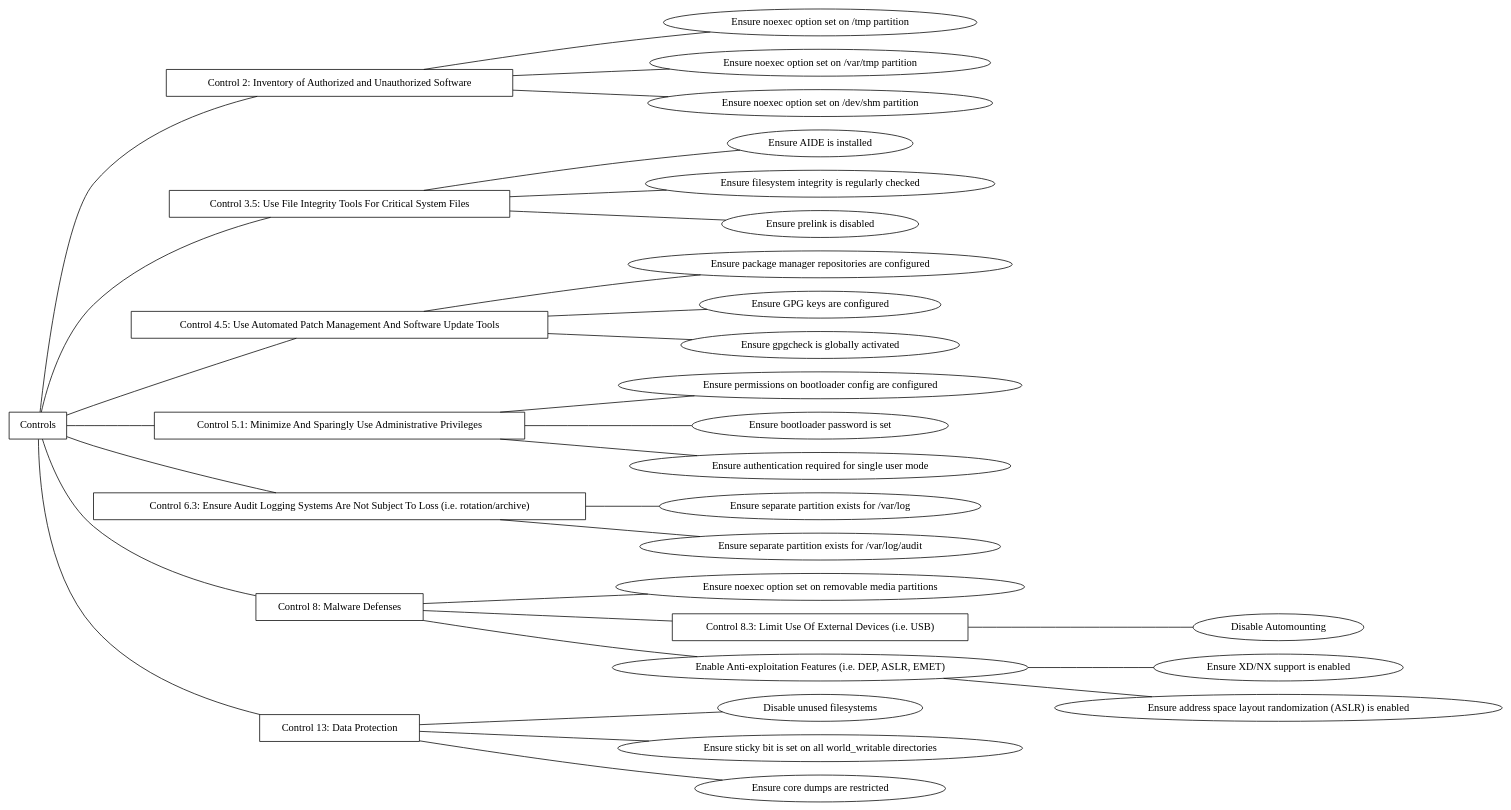
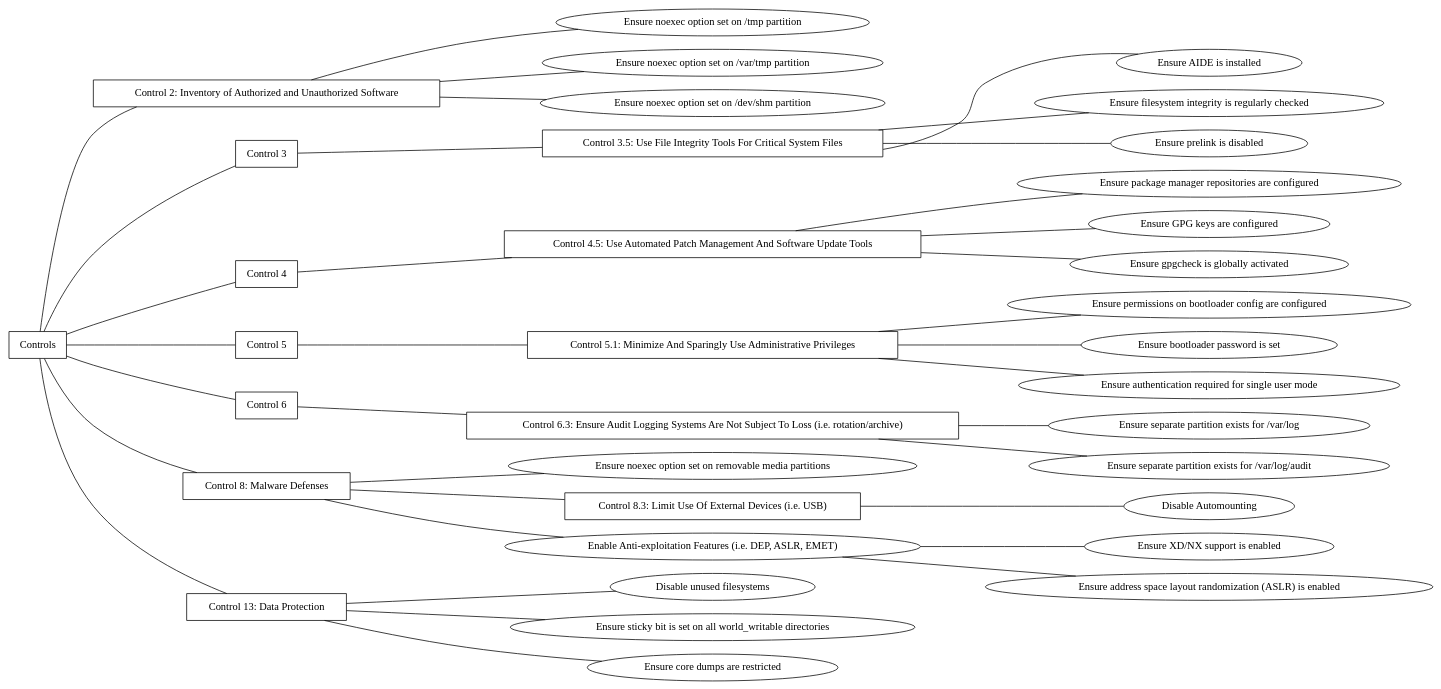
The diagram in control-examples.dot (cyber-range/cis-controls), drawn with Graphviz before and after one commit. The commit also changed 1 other file, not shown here.

Commit message:
Update chart

```diff
--- a/control-examples.dot
+++ b/control-examples.dot
@@ -1,74 +1,87 @@
 graph controls {
     rankdir=LR;
 
     controls [label="Controls", shape=box]
 
     control_2 [label="Control 2: Inventory of Authorized and Unauthorized Software", shape=box]
     controls -- control_2
+
     tmp_noexec [label="Ensure noexec option set on /tmp partition"]
     control_2 -- tmp_noexec
     var_tmp_noexec [label="Ensure noexec option set on /var/tmp partition"]
     control_2 -- var_tmp_noexec
     dev_shm_noexec [label="Ensure noexec option set on /dev/shm partition"]
     control_2 -- dev_shm_noexec
 
+    control_3 [label="Control 3", shape=box]
+    controls -- control_3
+
     control_3_5 [label="Control 3.5: Use File Integrity Tools For Critical System Files", shape=box]
-    controls -- control_3_5
+    control_3 -- control_3_5
     install_AIDE [label="Ensure AIDE is installed"]
     control_3_5 -- install_AIDE
     integrity_check [label="Ensure filesystem integrity is regularly checked"]
     control_3_5 -- integrity_check
     prelink [label="Ensure prelink is disabled"]
     control_3_5 -- prelink
 
+    control_4 [label="Control 4", shape=box]
+    controls -- control_4
+
     control_4_5 [label="Control 4.5: Use Automated Patch Management And Software Update Tools", shape=box]
-    controls -- control_4_5
+    control_4 -- control_4_5
     config_yum [label="Ensure package manager repositories are configured"]
     control_4_5 -- config_yum
     yum_gpg [label="Ensure GPG keys are configured"]
     control_4_5 -- yum_gpg
     yum_gpg_check [label="Ensure gpgcheck is globally activated"]
     control_4_5 -- yum_gpg_check
 
+    control_5 [label="Control 5", shape=box]
+    controls -- control_5
+
     control_5_1 [label="Control 5.1: Minimize And Sparingly Use Administrative Privileges", shape=box]
-    controls -- control_5_1
+    control_5 -- control_5_1
     bootloader_perms [label="Ensure permissions on bootloader config are configured"]
     control_5_1 -- bootloader_perms
     bootloader_passwd [label="Ensure bootloader password is set"]
     control_5_1 -- bootloader_passwd
     single_user_mode_auth [label="Ensure authentication required for single user mode"]
     control_5_1 -- single_user_mode_auth
 
+    control_6 [label="Control 6", shape=box]
+    controls -- control_6
+
     control_6_3 [label="Control 6.3: Ensure Audit Logging Systems Are Not Subject To Loss (i.e. rotation/archive)", shape=box]
-    controls -- control_6_3
+    control_6 -- control_6_3
     var_log_partition [label="Ensure separate partition exists for /var/log"]
     control_6_3 -- var_log_partition
     var_log_audit_partition [label="Ensure separate partition exists for /var/log/audit"]
     control_6_3 -- var_log_audit_partition
 
     control_8 [label="Control 8: Malware Defenses", shape=box]
     controls -- control_8
     removable_media_noexec [label="Ensure noexec option set on removable media partitions"]
     control_8 -- removable_media_noexec
 
     control_8_3  [label="Control 8.3: Limit Use Of External Devices (i.e. USB)", shape=box]
     control_8 -- control_8_3
     disable_automounting [label="Disable Automounting"]
     control_8_3 -- disable_automounting
 
     control_8_4 [label="Enable Anti-exploitation Features (i.e. DEP, ASLR, EMET)"]
     control_8 -- control_8_4
     no_execute [label="Ensure XD/NX support is enabled"]
     control_8_4 -- no_execute
     aslr [label="Ensure address space layout randomization (ASLR) is enabled"]
     control_8_4 -- aslr
 
     control_13 [label="Control 13: Data Protection", shape=box]
     controls -- control_13
     disbale_fs [label="Disable unused filesystems"]
     control_13 -- disbale_fs
     sticky_bit [label="Ensure sticky bit is set on all world_writable directories"]
     control_13 -- sticky_bit
     core_dump [label="Ensure core dumps are restricted"]
     control_13 -- core_dump
 }
```
